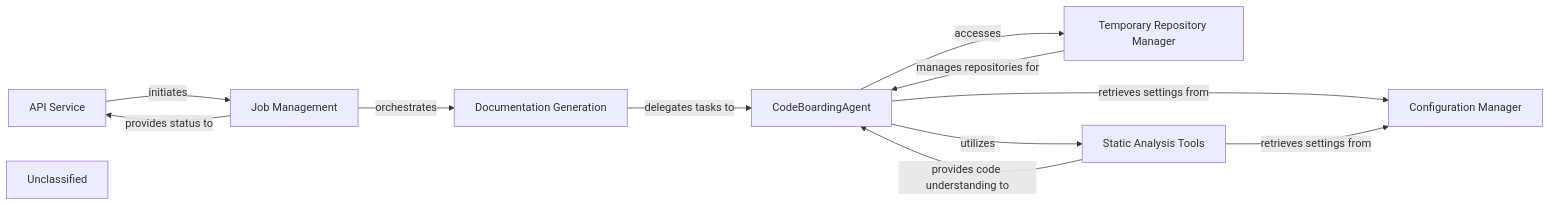
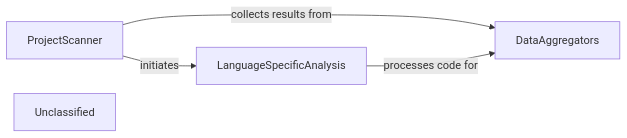
The seventh of 8 diagrams in docs/development/architecture.md (CodeBoarding/CodeBoarding), drawn with Mermaid before and after one commit. The commit also changed other lines of this file and 25 other files, not shown here.

First line of the commit message:
docs: update codeboarding documentation and generate architecture

````diff
--- a/docs/development/architecture.md
+++ b/docs/development/architecture.md
@@ -504,21 +420,10 @@
 ```mermaid
 graph LR
-    API_Service["API Service"]
-    Job_Management["Job Management"]
-    Documentation_Generation["Documentation Generation"]
-    CodeBoardingAgent["CodeBoardingAgent"]
-    Temporary_Repository_Manager["Temporary Repository Manager"]
-    Static_Analysis_Tools["Static Analysis Tools"]
-    Configuration_Manager["Configuration Manager"]
+    ProjectScanner["ProjectScanner"]
+    LanguageSpecificAnalysis["LanguageSpecificAnalysis"]
+    DataAggregators["DataAggregators"]
     Unclassified["Unclassified"]
-    API_Service -- "initiates" --> Job_Management
-    Job_Management -- "provides status to" --> API_Service
-    Job_Management -- "orchestrates" --> Documentation_Generation
-    Documentation_Generation -- "delegates tasks to" --> CodeBoardingAgent
-    CodeBoardingAgent -- "utilizes" --> Static_Analysis_Tools
-    Static_Analysis_Tools -- "provides code understanding to" --> CodeBoardingAgent
-    CodeBoardingAgent -- "accesses" --> Temporary_Repository_Manager
-    Temporary_Repository_Manager -- "manages repositories for" --> CodeBoardingAgent
-    CodeBoardingAgent -- "retrieves settings from" --> Configuration_Manager
-    Static_Analysis_Tools -- "retrieves settings from" --> Configuration_Manager
+    ProjectScanner -- "initiates" --> LanguageSpecificAnalysis
+    ProjectScanner -- "collects results from" --> DataAggregators
+    LanguageSpecificAnalysis -- "processes code for" --> DataAggregators
 ```
````
